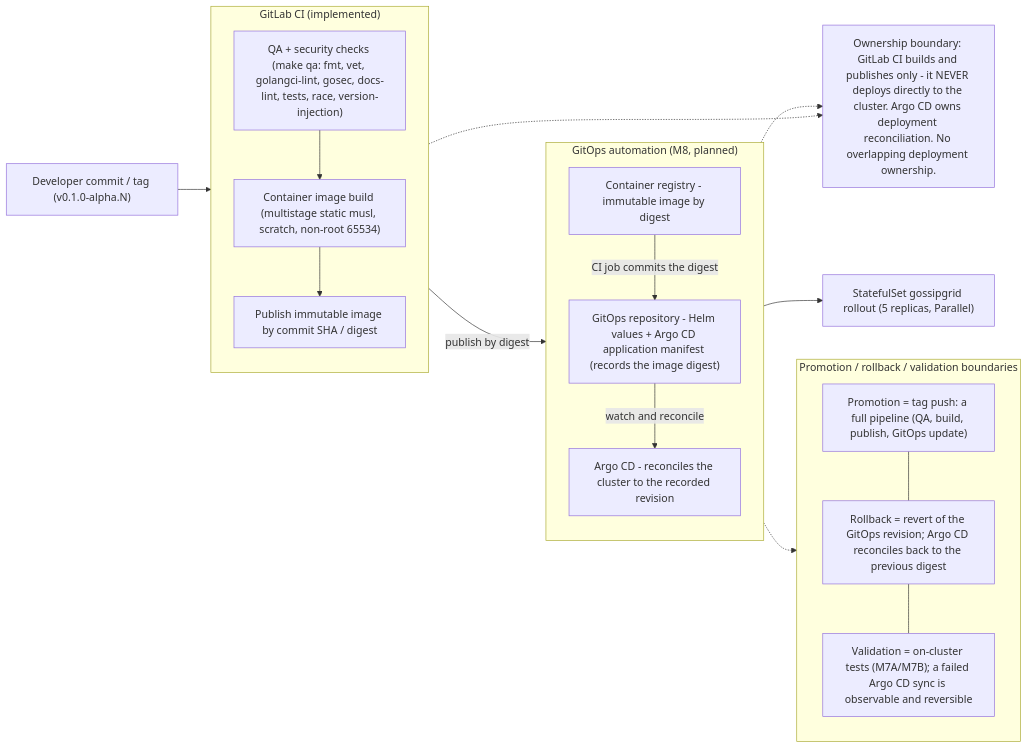
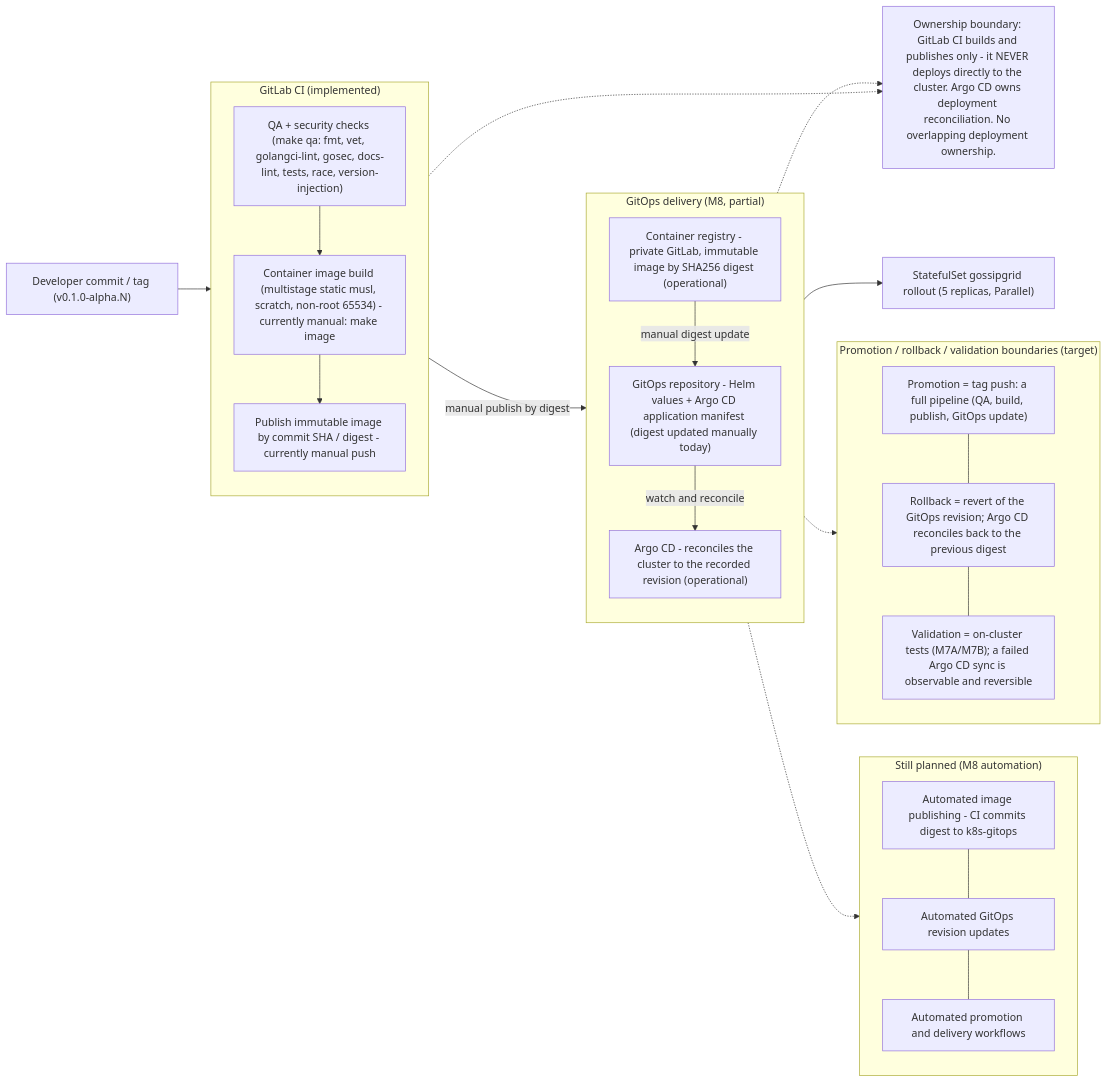
Before and after one commit to hirebrianm/gossipgrid: the diagram in docs/diagrams/gitops-delivery.mmd, drawn with Mermaid. The commit also changed 10 other files, not shown here.

```diff
--- a/docs/diagrams/gitops-delivery.mmd
+++ b/docs/diagrams/gitops-delivery.mmd
@@ -1,36 +1,45 @@
 flowchart LR
   DEV["Developer commit / tag (v0.1.0-alpha.N)"]
   DEV --> CI
 
   subgraph CILAB["GitLab CI (implemented)"]
     direction TB
     CI["QA + security checks (make qa: fmt, vet, golangci-lint, gosec, docs-lint, tests, race, version-injection)"]
-    IMG["Container image build (multistage static musl, scratch, non-root 65534)"]
-    PUBLISH["Publish immutable image by commit SHA / digest"]
+    IMG["Container image build (multistage static musl, scratch, non-root 65534) - currently manual: make image"]
+    PUBLISH["Publish immutable image by commit SHA / digest - currently manual push"]
     CI --> IMG --> PUBLISH
   end
 
-  subgraph M8["GitOps automation (M8, planned)"]
+  subgraph M8["GitOps delivery (M8, partial)"]
     direction TB
-    REG["Container registry - immutable image by digest"]
-    GOREPO["GitOps repository - Helm values + Argo CD application manifest (records the image digest)"]
-    ARGO["Argo CD - reconciles the cluster to the recorded revision"]
-    PUBLISH -->|publish by digest| REG
-    REG -->|CI job commits the digest| GOREPO
+    REG["Container registry - private GitLab, immutable image by SHA256 digest (operational)"]
+    GOREPO["GitOps repository - Helm values + Argo CD application manifest (digest updated manually today)"]
+    ARGO["Argo CD - reconciles the cluster to the recorded revision (operational)"]
+    PUBLISH -->|manual publish by digest| REG
+    REG -->|manual digest update| GOREPO
     GOREPO -->|watch and reconcile| ARGO
   end
 
   ARGO --> K8S["StatefulSet gossipgrid rollout (5 replicas, Parallel)"]
 
-  subgraph BOUND["Promotion / rollback / validation boundaries"]
+  subgraph PLANNED["Still planned (M8 automation)"]
+    direction TB
+    AUTO["Automated image publishing - CI commits digest to k8s-gitops"]
+    AUTOREV["Automated GitOps revision updates"]
+    PROMOTE["Automated promotion and delivery workflows"]
+    AUTO --- AUTOREV --- PROMOTE
+  end
+
+  subgraph BOUND["Promotion / rollback / validation boundaries (target)"]
     direction TB
     PROMO["Promotion = tag push: a full pipeline (QA, build, publish, GitOps update)"]
     ROLLBACK["Rollback = revert of the GitOps revision; Argo CD reconciles back to the previous digest"]
     VALIDATE["Validation = on-cluster tests (M7A/M7B); a failed Argo CD sync is observable and reversible"]
     PROMO --- ROLLBACK --- VALIDATE
   end
   GOREPO -.-> BOUND
+  GOREPO -.-> PLANNED
 
   NOTE["Ownership boundary: GitLab CI builds and publishes only - it NEVER deploys directly to the cluster. Argo CD owns deployment reconciliation. No overlapping deployment ownership."]
   CI -.-> NOTE
   ARGO -.-> NOTE
```
